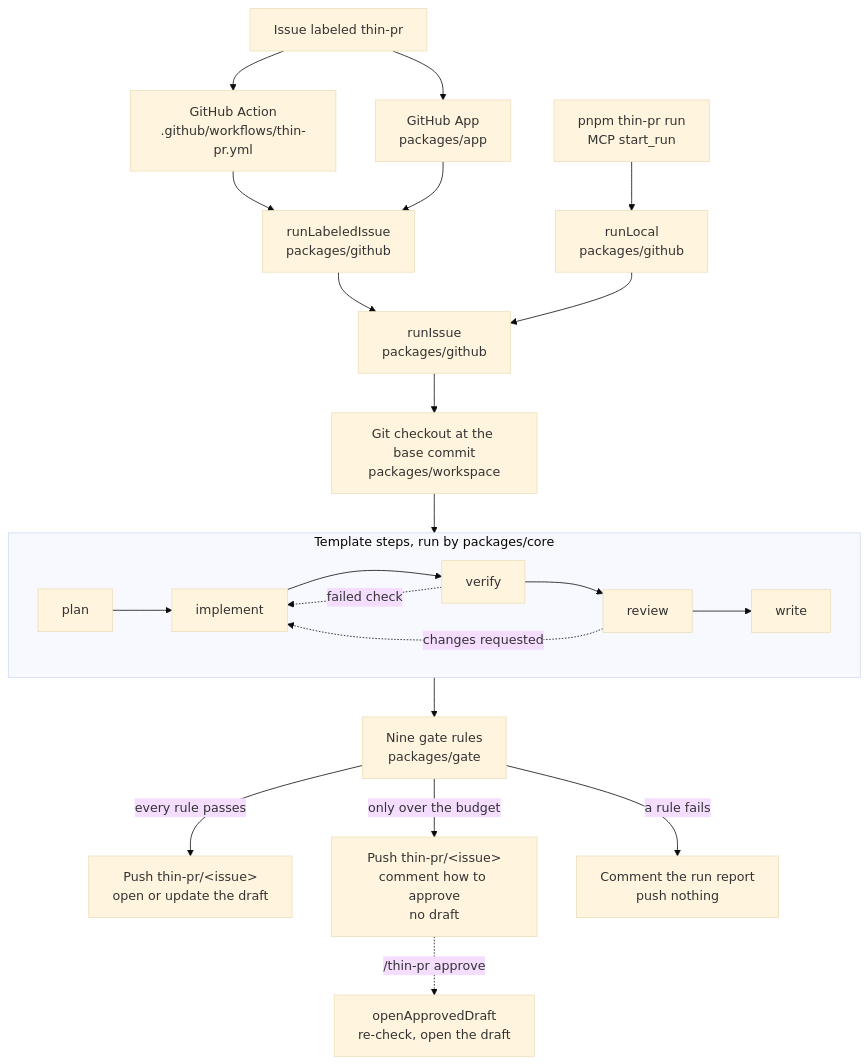
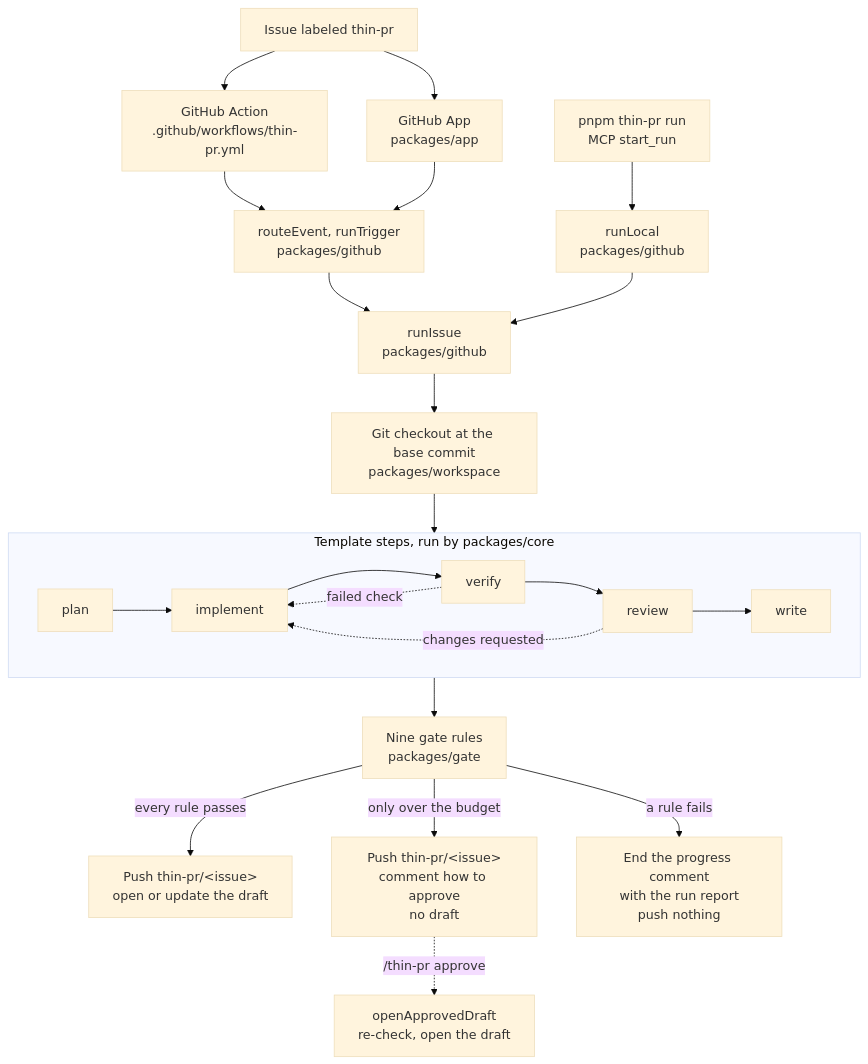
One commit to kocherev/thin-pr-orchestrator changed the diagram in docs/architecture.md. Above: the diagram before and after it, drawn with Mermaid (base theme). The commit also changed other lines of this file and 55 other files, not shown here.

First line of the commit message:
Drive runs from the issue thread: progress, commands and revisions (#35)

````diff
--- a/docs/architecture.md
+++ b/docs/architecture.md
@@ -7,22 +7,22 @@
 ```mermaid
 flowchart TD
   label["Issue labeled thin-pr"] --> action["GitHub Action<br/>.github/workflows/thin-pr.yml"]
   label --> app["GitHub App<br/>packages/app"]
   local["pnpm thin-pr run<br/>MCP start_run"] --> runLocal["runLocal<br/>packages/github"]
-  action --> labeled["runLabeledIssue<br/>packages/github"]
-  app --> labeled
-  labeled --> runIssue["runIssue<br/>packages/github"]
+  action --> router["routeEvent, runTrigger<br/>packages/github"]
+  app --> router
+  router --> runIssue["runIssue<br/>packages/github"]
   runLocal --> runIssue
   runIssue --> workspace["Git checkout at the base commit<br/>packages/workspace"]
   workspace --> steps
   subgraph steps["Template steps, run by packages/core"]
     plan --> implement --> verify --> review --> write
     verify -. failed check .-> implement
     review -. changes requested .-> implement
   end
   steps --> gate["Nine gate rules<br/>packages/gate"]
   gate -->|every rule passes| draft["Push thin-pr/&lt;issue&gt;<br/>open or update the draft"]
   gate -->|only over the budget| wait["Push thin-pr/&lt;issue&gt;<br/>comment how to approve<br/>no draft"]
   wait -. /thin-pr approve .-> approved["openApprovedDraft<br/>re-check, open the draft"]
-  gate -->|a rule fails| comment["Comment the run report<br/>push nothing"]
+  gate -->|a rule fails| comment["End the progress comment<br/>with the run report<br/>push nothing"]
 ```
````
